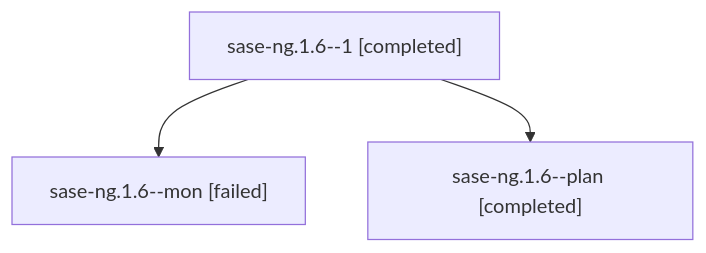
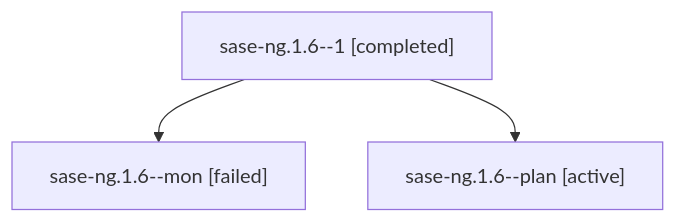
One commit to sase-org/sase--agents changed the diagram in families/bbugyi200.athena.sase-ng.1.6.md. Above: the diagram before and after it, drawn with Mermaid. The commit also changed other lines of this file and 35830 other files, not shown here.

````diff
--- a/families/bbugyi200.athena.sase-ng.1.6.md
+++ b/families/bbugyi200.athena.sase-ng.1.6.md
@@ -9,8 +9,8 @@
 ```mermaid
 flowchart TD
   n0["sase-ng.1.6--1 [completed]"]
   n1["sase-ng.1.6--mon [failed]"]
   n0 --> n1
-  n2["sase-ng.1.6--plan [completed]"]
+  n2["sase-ng.1.6--plan [active]"]
   n0 --> n2
 ```
````
